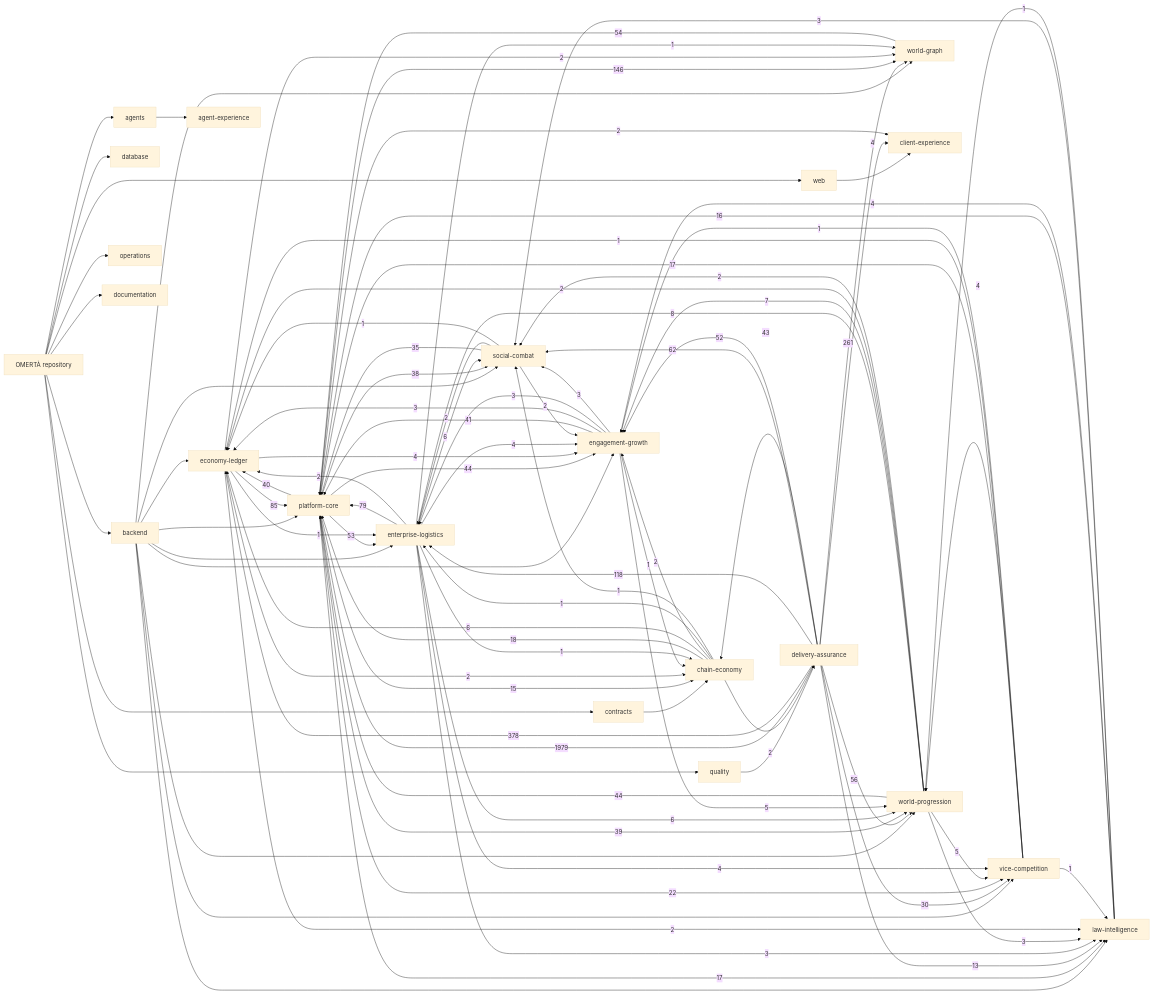
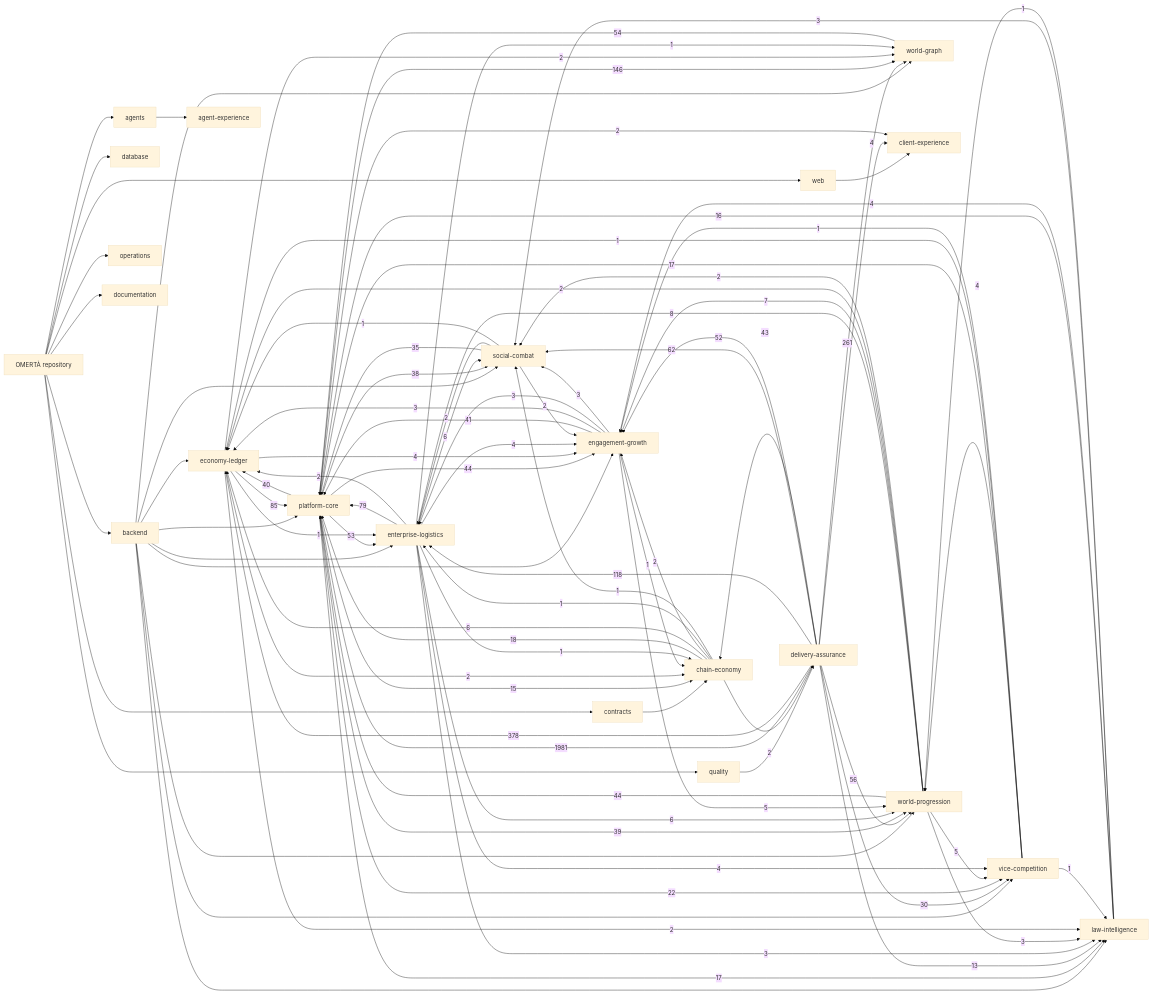
One commit to OmertaDev/Omerta changed the diagram in knowledge/generated/graph.mmd. Above: the diagram before and after it, drawn with Mermaid (base theme). The commit also changed 5 other files, not shown here.

```diff
--- a/knowledge/generated/graph.mmd
+++ b/knowledge/generated/graph.mmd
@@ -1,113 +1,113 @@
 flowchart LR
   repo["OMERTÀ repository"]
   sub_backend["backend"]
   repo --> sub_backend
   sub_database["database"]
   repo --> sub_database
   sub_web["web"]
   repo --> sub_web
   sub_contracts["contracts"]
   repo --> sub_contracts
   sub_agents["agents"]
   repo --> sub_agents
   sub_quality["quality"]
   repo --> sub_quality
   sub_operations["operations"]
   repo --> sub_operations
   sub_documentation["documentation"]
   repo --> sub_documentation
   dom_platform-core["platform-core"]
   dom_economy-ledger["economy-ledger"]
   dom_social-combat["social-combat"]
   dom_world-progression["world-progression"]
   dom_world-graph["world-graph"]
   dom_enterprise-logistics["enterprise-logistics"]
   dom_vice-competition["vice-competition"]
   dom_law-intelligence["law-intelligence"]
   dom_chain-economy["chain-economy"]
   dom_engagement-growth["engagement-growth"]
   dom_client-experience["client-experience"]
   dom_agent-experience["agent-experience"]
   dom_delivery-assurance["delivery-assurance"]
   sub_agents --> dom_agent-experience
   sub_backend --> dom_economy-ledger
   sub_backend --> dom_engagement-growth
   sub_backend --> dom_enterprise-logistics
   sub_backend --> dom_law-intelligence
   sub_backend --> dom_platform-core
   sub_backend --> dom_social-combat
   sub_backend --> dom_vice-competition
   sub_backend --> dom_world-graph
   sub_backend --> dom_world-progression
   sub_contracts --> dom_chain-economy
   sub_quality --> dom_delivery-assurance
   sub_web --> dom_client-experience
-  dom_delivery-assurance -->|1979| dom_platform-core
+  dom_delivery-assurance -->|1981| dom_platform-core
   dom_delivery-assurance -->|378| dom_economy-ledger
   dom_delivery-assurance -->|261| dom_world-graph
   dom_platform-core -->|146| dom_world-graph
   dom_delivery-assurance -->|118| dom_enterprise-logistics
   dom_economy-ledger -->|85| dom_platform-core
   dom_enterprise-logistics -->|79| dom_platform-core
   dom_delivery-assurance -->|62| dom_social-combat
   dom_delivery-assurance -->|56| dom_world-progression
   dom_world-graph -->|54| dom_platform-core
   dom_platform-core -->|53| dom_enterprise-logistics
   dom_delivery-assurance -->|52| dom_engagement-growth
   dom_platform-core -->|44| dom_engagement-growth
   dom_world-progression -->|44| dom_platform-core
   dom_delivery-assurance -->|43| dom_chain-economy
   dom_engagement-growth -->|41| dom_platform-core
   dom_platform-core -->|40| dom_economy-ledger
   dom_platform-core -->|39| dom_world-progression
   dom_platform-core -->|38| dom_social-combat
   dom_social-combat -->|35| dom_platform-core
   dom_delivery-assurance -->|30| dom_vice-competition
   dom_platform-core -->|22| dom_vice-competition
   dom_chain-economy -->|18| dom_platform-core
   dom_platform-core -->|17| dom_law-intelligence
   dom_vice-competition -->|17| dom_platform-core
   dom_law-intelligence -->|16| dom_platform-core
   dom_platform-core -->|15| dom_chain-economy
   dom_delivery-assurance -->|13| dom_law-intelligence
   dom_world-progression -->|8| dom_enterprise-logistics
   dom_world-progression -->|7| dom_engagement-growth
   dom_chain-economy -->|6| dom_economy-ledger
   dom_enterprise-logistics -->|6| dom_social-combat
   dom_enterprise-logistics -->|6| dom_world-progression
   dom_engagement-growth -->|5| dom_world-progression
   dom_world-progression -->|5| dom_vice-competition
   dom_delivery-assurance -->|4| dom_client-experience
   dom_economy-ledger -->|4| dom_engagement-growth
   dom_enterprise-logistics -->|4| dom_engagement-growth
   dom_enterprise-logistics -->|4| dom_vice-competition
   dom_law-intelligence -->|4| dom_engagement-growth
   dom_vice-competition -->|4| dom_world-progression
   dom_engagement-growth -->|3| dom_economy-ledger
   dom_engagement-growth -->|3| dom_enterprise-logistics
   dom_engagement-growth -->|3| dom_social-combat
   dom_enterprise-logistics -->|3| dom_law-intelligence
   dom_law-intelligence -->|3| dom_social-combat
   dom_world-progression -->|3| dom_law-intelligence
   dom_chain-economy -->|2| dom_delivery-assurance
   dom_chain-economy -->|2| dom_engagement-growth
   dom_economy-ledger -->|2| dom_chain-economy
   dom_economy-ledger -->|2| dom_law-intelligence
   dom_economy-ledger -->|2| dom_world-graph
   dom_enterprise-logistics -->|2| dom_economy-ledger
   dom_platform-core -->|2| dom_client-experience
   dom_social-combat -->|2| dom_engagement-growth
   dom_social-combat -->|2| dom_enterprise-logistics
   dom_world-progression -->|2| dom_economy-ledger
   dom_world-progression -->|2| dom_social-combat
   dom_chain-economy -->|1| dom_enterprise-logistics
   dom_chain-economy -->|1| dom_social-combat
   dom_economy-ledger -->|1| dom_enterprise-logistics
   dom_engagement-growth -->|1| dom_chain-economy
   dom_enterprise-logistics -->|1| dom_chain-economy
   dom_enterprise-logistics -->|1| dom_world-graph
   dom_law-intelligence -->|1| dom_world-progression
   dom_social-combat -->|1| dom_economy-ledger
   dom_vice-competition -->|1| dom_economy-ledger
   dom_vice-competition -->|1| dom_engagement-growth
   dom_vice-competition -->|1| dom_law-intelligence
```
